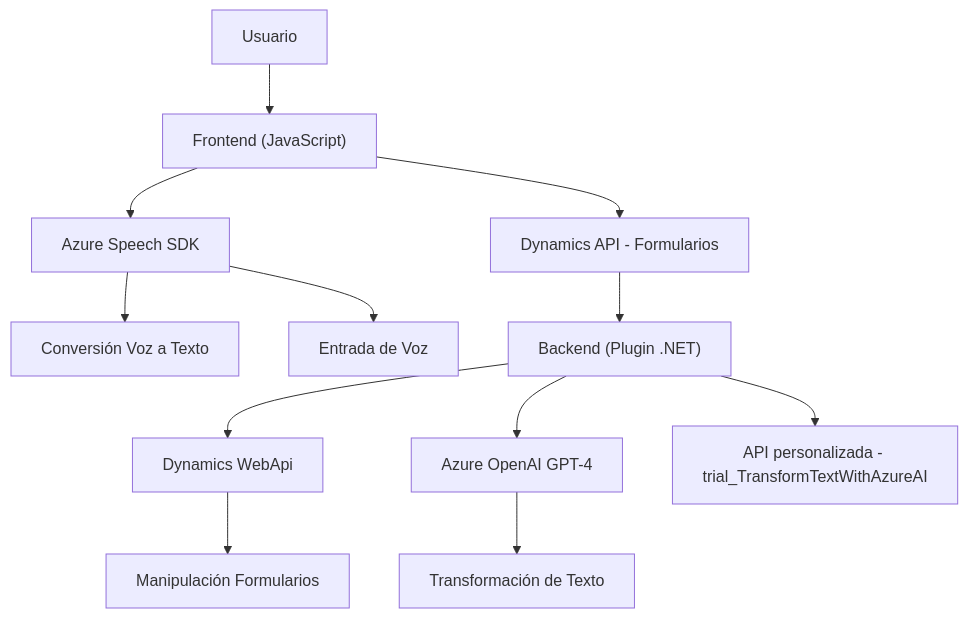
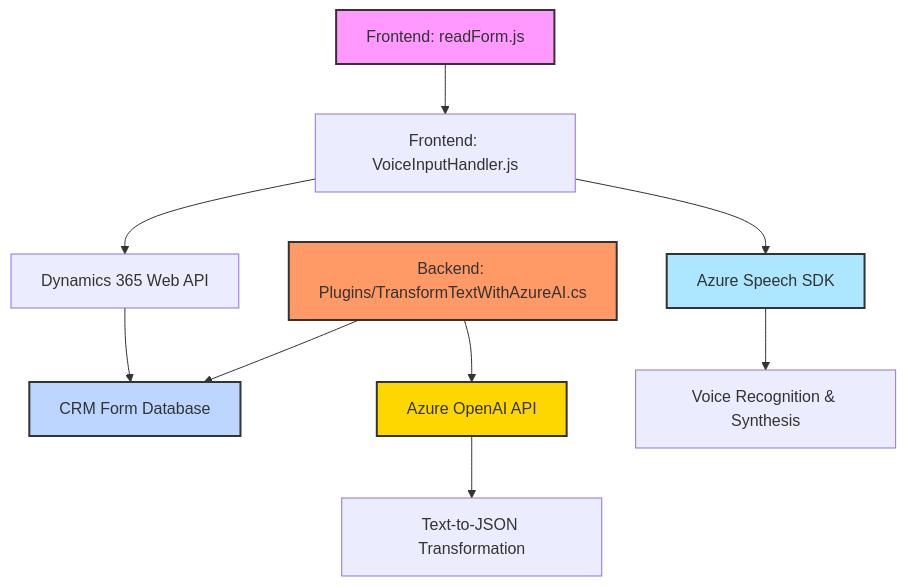
Before and after one commit to blopezdm/NETCORE_BILBAO2025: the diagram in README.md, drawn with Mermaid. The commit also changed other lines of this file, not shown here.

````diff
--- a/README.md
+++ b/README.md
@@ -53,14 +41,17 @@
 ```mermaid
 graph TD
-    A["Usuario"] --> B["Frontend (JavaScript)"]
-    B["Frontend (JavaScript)"] --> C["Azure Speech SDK"]
-    B --> D["Dynamics API - Formularios"]
-    C --> E["Conversión Voz a Texto"]
-    C --> F["Entrada de Voz"]
-    D --> G["Backend (Plugin .NET)"]
-    G --> H["Dynamics WebApi"]
-    G --> I["Azure OpenAI GPT-4"]
-    I --> J["Transformación de Texto"]
-    H --> K["Manipulación Formularios"]
-    G --> L["API personalizada - trial_TransformTextWithAzureAI"]
+    A["Frontend: readForm.js"] --> B["Frontend: VoiceInputHandler.js"]
+    B --> C["Azure Speech SDK"]
+    B --> D["Dynamics 365 Web API"]
+    D --> E["CRM Form Database"]
+    F["Backend: Plugins/TransformTextWithAzureAI.cs"] --> G["Azure OpenAI API"]
+    F --> E
+    C --> H["Voice Recognition & Synthesis"]
+    G --> I["Text-to-JSON Transformation"]
+
+    style A fill:#f9f,stroke:#333,stroke-width:2px
+    style F fill:#f96,stroke:#333,stroke-width:2px
+    style E fill:#BDD6FF,stroke:#333,stroke-width:2px
+    style C fill:#ACE6FF,stroke:#333,stroke-width:2px
+    style G fill:#FFD700,stroke:#333,stroke-width:2px
 ```
````
